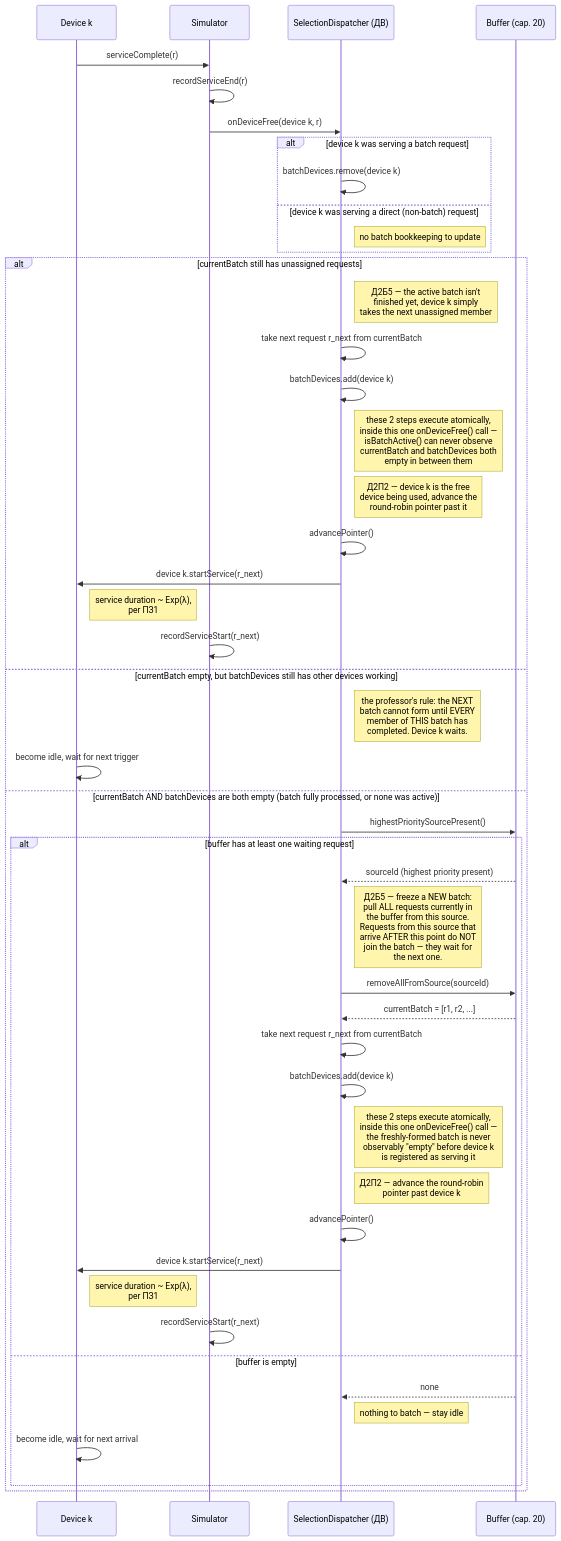
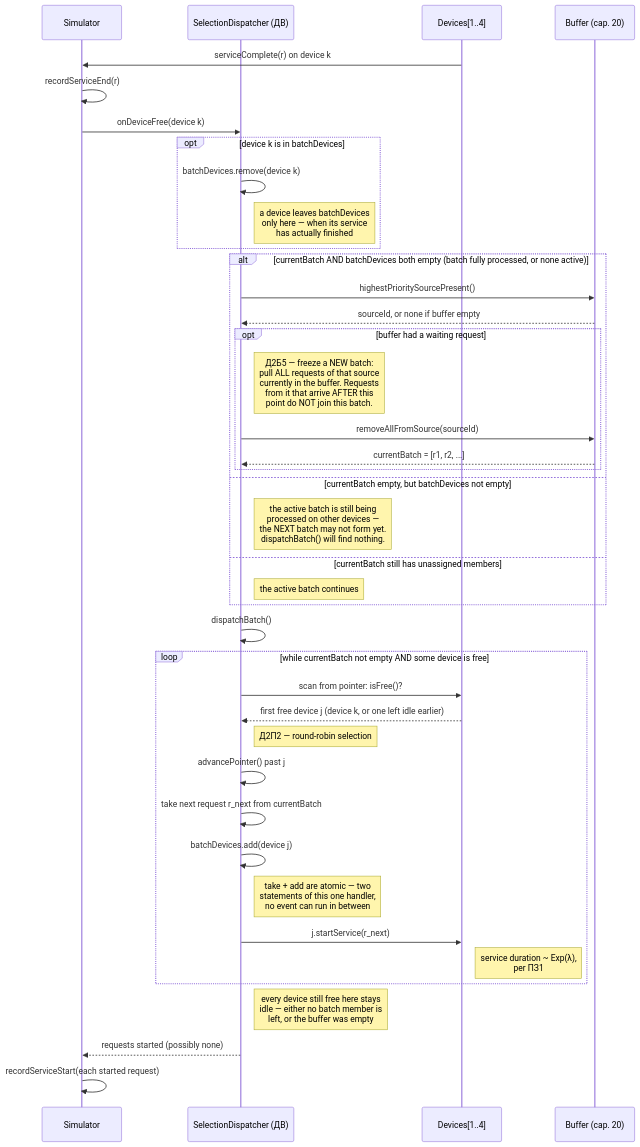
The diagram in sequence-device-free.mmd (abdelrhmanbaha/smo-v24-commodity-trading), drawn with Mermaid before and after one commit. The commit also changed 11 other files, not shown here.

```diff
--- a/sequence-device-free.mmd
+++ b/sequence-device-free.mmd
@@ -1,50 +1,44 @@
 sequenceDiagram
-    participant D as Device k
     participant Sim as Simulator
     participant ДВ as SelectionDispatcher (ДВ)
+    participant D as Devices[1..4]
     participant B as Buffer (cap. 20)
 
-    D->>Sim: serviceComplete(r)
+    D->>Sim: serviceComplete(r) on device k
     Sim->>Sim: recordServiceEnd(r)
-    Sim->>ДВ: onDeviceFree(device k, r)
+    Sim->>ДВ: onDeviceFree(device k)
 
-    alt device k was serving a batch request
+    opt device k is in batchDevices
         ДВ->>ДВ: batchDevices.remove(device k)
-    else device k was serving a direct (non-batch) request
-        Note right of ДВ: no batch bookkeeping to update
+        Note right of ДВ: a device leaves batchDevices<br/>only here — when its service<br/>has actually finished
     end
 
-    alt currentBatch still has unassigned requests
-        Note right of ДВ: Д2Б5 — the active batch isn't<br/>finished yet, device k simply<br/>takes the next unassigned member
-        ДВ->>ДВ: take next request r_next from currentBatch
-        ДВ->>ДВ: batchDevices.add(device k)
-        Note right of ДВ: these 2 steps execute atomically,<br/>inside this one onDeviceFree() call —<br/>isBatchActive() can never observe<br/>currentBatch and batchDevices both<br/>empty in between them
-        Note right of ДВ: Д2П2 — device k is the free<br/>device being used, advance the<br/>round-robin pointer past it
-        ДВ->>ДВ: advancePointer()
-        ДВ->>D: device k.startService(r_next)
-        Note right of D: service duration ~ Exp(λ),<br/>per ПЗ1
-        Sim->>Sim: recordServiceStart(r_next)
-    else currentBatch empty, but batchDevices still has other devices working
-        Note right of ДВ: the professor's rule: the NEXT<br/>batch cannot form until EVERY<br/>member of THIS batch has<br/>completed. Device k waits.
-        D->>D: become idle, wait for next trigger
-    else currentBatch AND batchDevices are both empty (batch fully processed, or none was active)
+    alt currentBatch AND batchDevices both empty (batch fully processed, or none active)
         ДВ->>B: highestPrioritySourcePresent()
-        alt buffer has at least one waiting request
-            B-->>ДВ: sourceId (highest priority present)
-            Note right of ДВ: Д2Б5 — freeze a NEW batch:<br/>pull ALL requests currently in<br/>the buffer from this source.<br/>Requests from this source that<br/>arrive AFTER this point do NOT<br/>join the batch — they wait for<br/>the next one.
+        B-->>ДВ: sourceId, or none if buffer empty
+        opt buffer had a waiting request
+            Note right of ДВ: Д2Б5 — freeze a NEW batch:<br/>pull ALL requests of that source<br/>currently in the buffer. Requests<br/>from it that arrive AFTER this<br/>point do NOT join this batch.
             ДВ->>B: removeAllFromSource(sourceId)
             B-->>ДВ: currentBatch = [r1, r2, ...]
-            ДВ->>ДВ: take next request r_next from currentBatch
-            ДВ->>ДВ: batchDevices.add(device k)
-            Note right of ДВ: these 2 steps execute atomically,<br/>inside this one onDeviceFree() call —<br/>the freshly-formed batch is never<br/>observably "empty" before device k<br/>is registered as serving it
-            Note right of ДВ: Д2П2 — advance the round-robin<br/>pointer past device k
-            ДВ->>ДВ: advancePointer()
-            ДВ->>D: device k.startService(r_next)
-            Note right of D: service duration ~ Exp(λ),<br/>per ПЗ1
-            Sim->>Sim: recordServiceStart(r_next)
-        else buffer is empty
-            B-->>ДВ: none
-            Note right of ДВ: nothing to batch — stay idle
-            D->>D: become idle, wait for next arrival
         end
+    else currentBatch empty, but batchDevices not empty
+        Note right of ДВ: the active batch is still being<br/>processed on other devices —<br/>the NEXT batch may not form yet.<br/>dispatchBatch() will find nothing.
+    else currentBatch still has unassigned members
+        Note right of ДВ: the active batch continues
     end
+
+    ДВ->>ДВ: dispatchBatch()
+    loop while currentBatch not empty AND some device is free
+        ДВ->>D: scan from pointer: isFree()?
+        D-->>ДВ: first free device j (device k, or one left idle earlier)
+        Note right of ДВ: Д2П2 — round-robin selection
+        ДВ->>ДВ: advancePointer() past j
+        ДВ->>ДВ: take next request r_next from currentBatch
+        ДВ->>ДВ: batchDevices.add(device j)
+        Note right of ДВ: take + add are atomic — two<br/>statements of this one handler,<br/>no event can run in between
+        ДВ->>D: j.startService(r_next)
+        Note right of D: service duration ~ Exp(λ),<br/>per ПЗ1
+    end
+    Note right of ДВ: every device still free here stays<br/>idle — either no batch member is<br/>left, or the buffer was empty
+    ДВ-->>Sim: requests started (possibly none)
+    Sim->>Sim: recordServiceStart(each started request)
```
